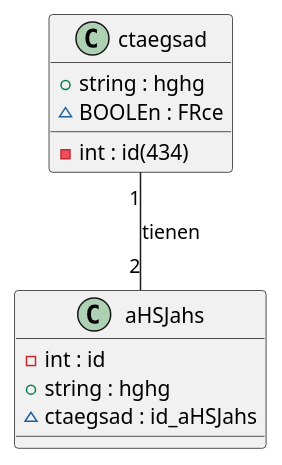
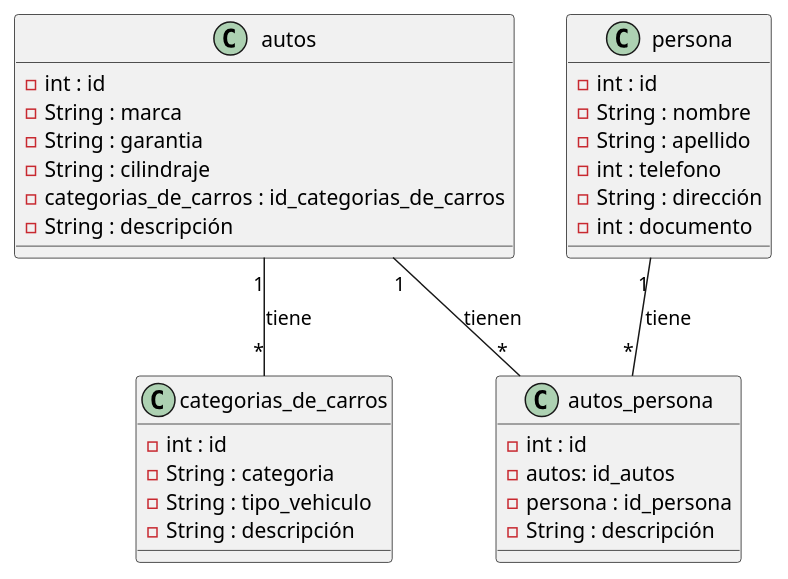
One commit to VMbrand/ANDRES-BURGUER changed the diagram in jojo/base.wsd. Above: the diagram before and after it, drawn with PlantUML. The commit also changed 3 other files, not shown here.

```diff
--- a/jojo/base.wsd
+++ b/jojo/base.wsd
@@ -1,21 +1,39 @@
 @startuml
 
-
-
-class ctaegsad{
-    - int : id(434)
-    + string : hghg
-    ~ BOOLEn : FRce 
-
+class categorias_de_carros{
+    - int : id
+    - String : categoria
+    - String : tipo_vehiculo
+    - String : descripción
 }
 
-class aHSJahs{
-     - int : id
-    + string : hghg
-    ~ ctaegsad : id_aHSJahs 
+class autos{
+    - int : id
+    - String : marca
+    - String : garantia
+    - String : cilindraje
+    - categorias_de_carros : id_categorias_de_carros
+    - String : descripción
 }
 
+class persona{
+    - int : id
+    - String : nombre
+    - String : apellido
+    - int : telefono
+    - String : dirección
+    - int : documento
+}
 
-ctaegsad "1" -- "2" aHSJahs : tienen
+class autos_persona{
+    - int : id
+    - autos: id_autos
+    - persona : id_persona
+    - String : descripción
+}
 
-@endulm
+persona "1" -- "*" autos_persona : tiene 
+autos "1" -- "*" categorias_de_carros : tiene 
+autos "1" -- "*" autos_persona: tienen
+
+@enduml
```
